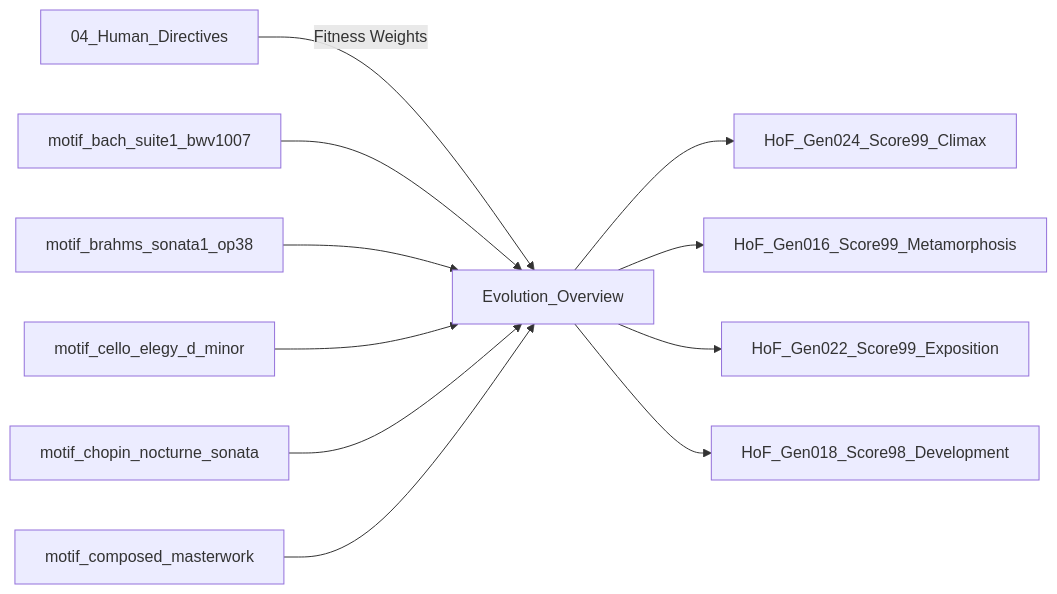
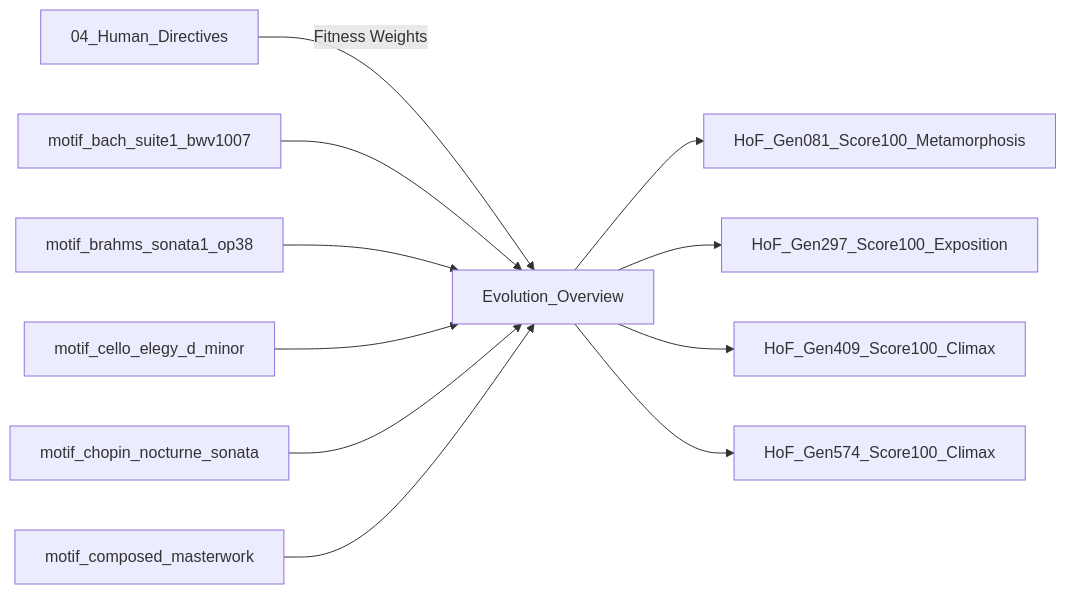
One commit to AI-Avalon/Disklavier-Auto changed the second of 2 diagrams in obsidian_vault/00_Dashboard/Evolution_Overview.md. Above: the diagram before and after it, drawn with Mermaid. The commit also changed other lines of this file and 381 other files, not shown here.

````diff
--- a/obsidian_vault/00_Dashboard/Evolution_Overview.md
+++ b/obsidian_vault/00_Dashboard/Evolution_Overview.md
@@ -43,13 +43,13 @@
 ```mermaid
 flowchart LR
     D["04_Human_Directives"] -->|"Fitness Weights"| O["Evolution_Overview"]
     motif_bach_suite1_bwv1007["motif_bach_suite1_bwv1007"] --> O
     motif_brahms_sonata1_op38["motif_brahms_sonata1_op38"] --> O
     motif_cello_elegy_d_minor["motif_cello_elegy_d_minor"] --> O
     motif_chopin_nocturne_sonata["motif_chopin_nocturne_sonata"] --> O
     motif_composed_masterwork["motif_composed_masterwork"] --> O
-    O --> HoF_Gen024_Score99_Climax["HoF_Gen024_Score99_Climax"]
-    O --> HoF_Gen016_Score99_Metamorphosis["HoF_Gen016_Score99_Metamorphosis"]
-    O --> HoF_Gen022_Score99_Exposition["HoF_Gen022_Score99_Exposition"]
-    O --> HoF_Gen018_Score98_Development["HoF_Gen018_Score98_Development"]
+    O --> HoF_Gen081_Score100_Metamorphosis["HoF_Gen081_Score100_Metamorphosis"]
+    O --> HoF_Gen297_Score100_Exposition["HoF_Gen297_Score100_Exposition"]
+    O --> HoF_Gen409_Score100_Climax["HoF_Gen409_Score100_Climax"]
+    O --> HoF_Gen574_Score100_Climax["HoF_Gen574_Score100_Climax"]
 ```
````
